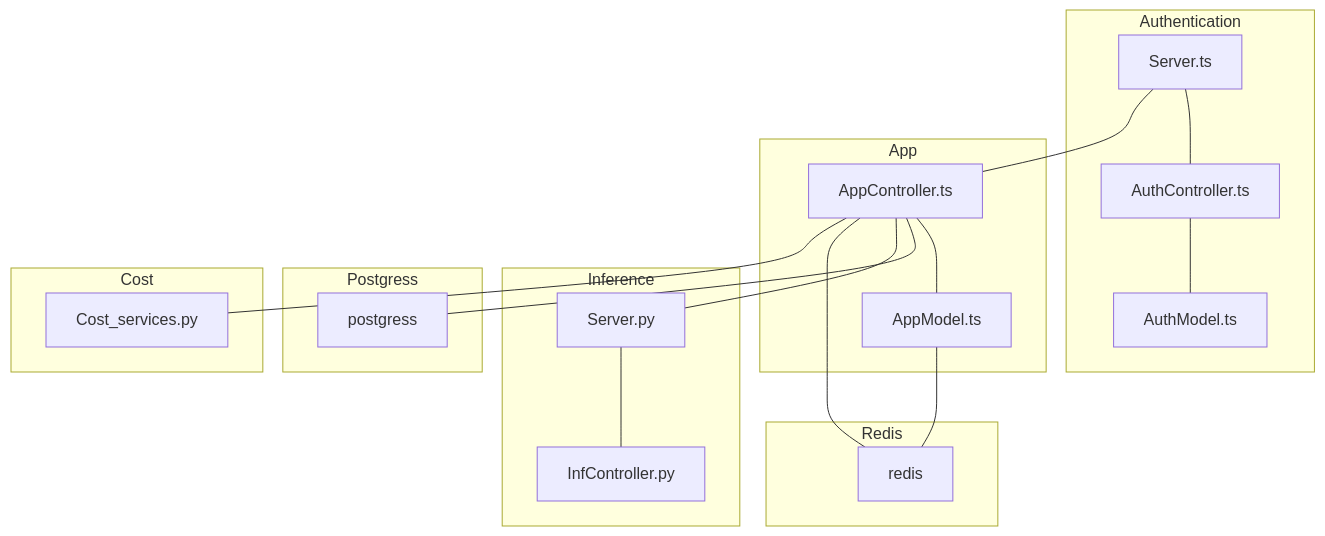
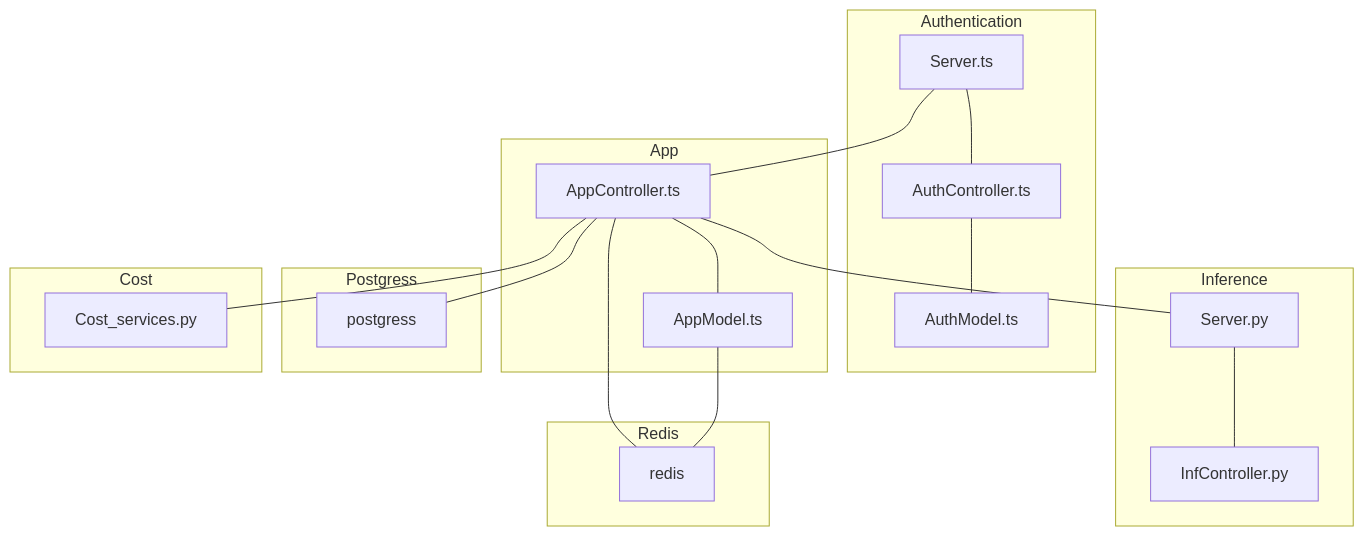
Before and after one commit to AgneseBruglia/PA2024: the second of 16 diagrams in README.md, drawn with Mermaid. The commit also changed other lines of this file, not shown here.

````diff
--- a/README.md
+++ b/README.md
@@ -54,41 +54,41 @@
 ```mermaid
 graph TD;
 
     subgraph Redis
     redis
     end
 
     subgraph Authentication
     Server.ts --- AuthController.ts
     AuthController.ts 
     AuthModel.ts 
     AuthController.ts --- AuthModel.ts
     end
 
+    subgraph Inference
+    Server.py --- InfController.py
+    InfController.py
+    end
+
     subgraph App
     Server.ts --- AppController.ts 
     AppController.ts 
     AppModel.ts 
     AppController.ts --- AppModel.ts
-    end
-
-    subgraph Inference
-    Server.py --- InfController.py
-    InfController.py
     end
 
     subgraph Postgress
     postgress
     end
 
     subgraph Cost
     Cost_services.py
     end
 
     AppModel.ts --- redis
     AppController.ts --- postgress
     AppController.ts --- Server.py
     AppController.ts --- redis
     AppController.ts --- Cost_services.py
 
 ```
````
